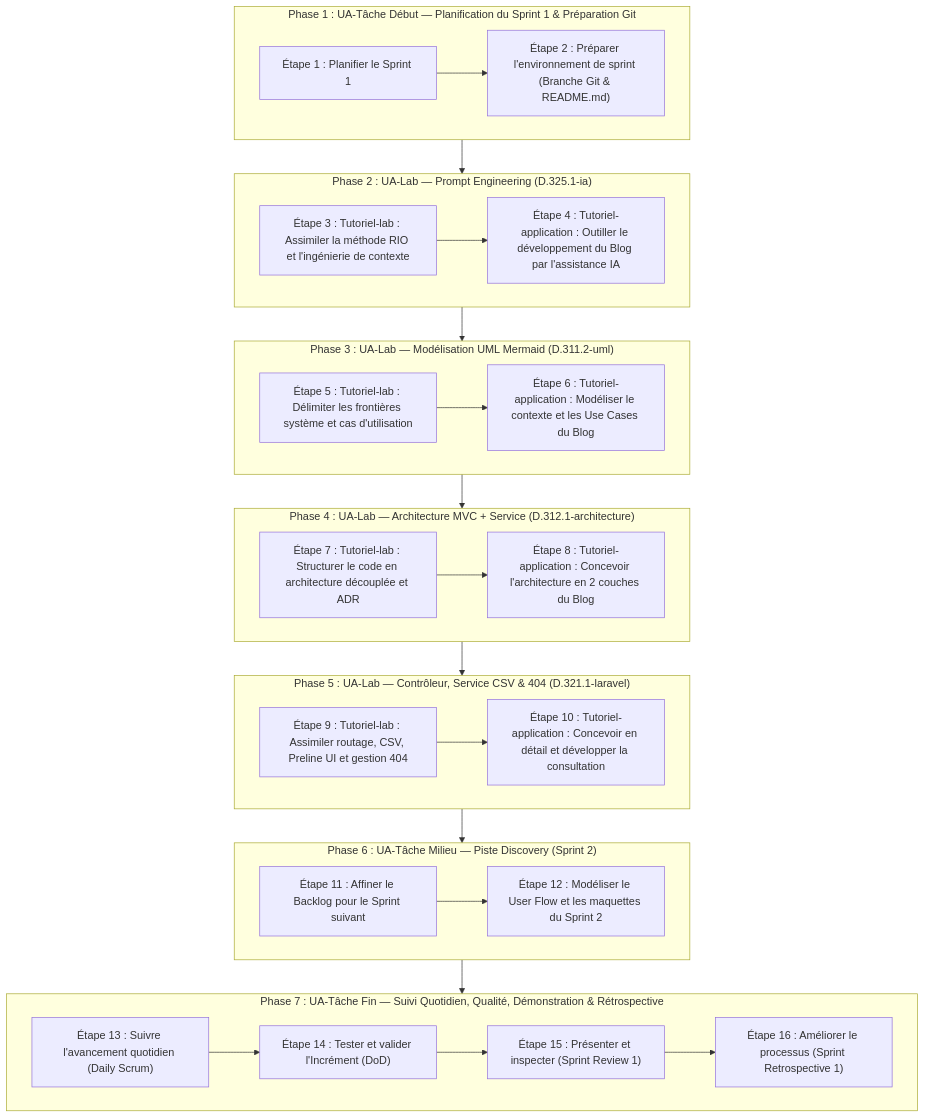
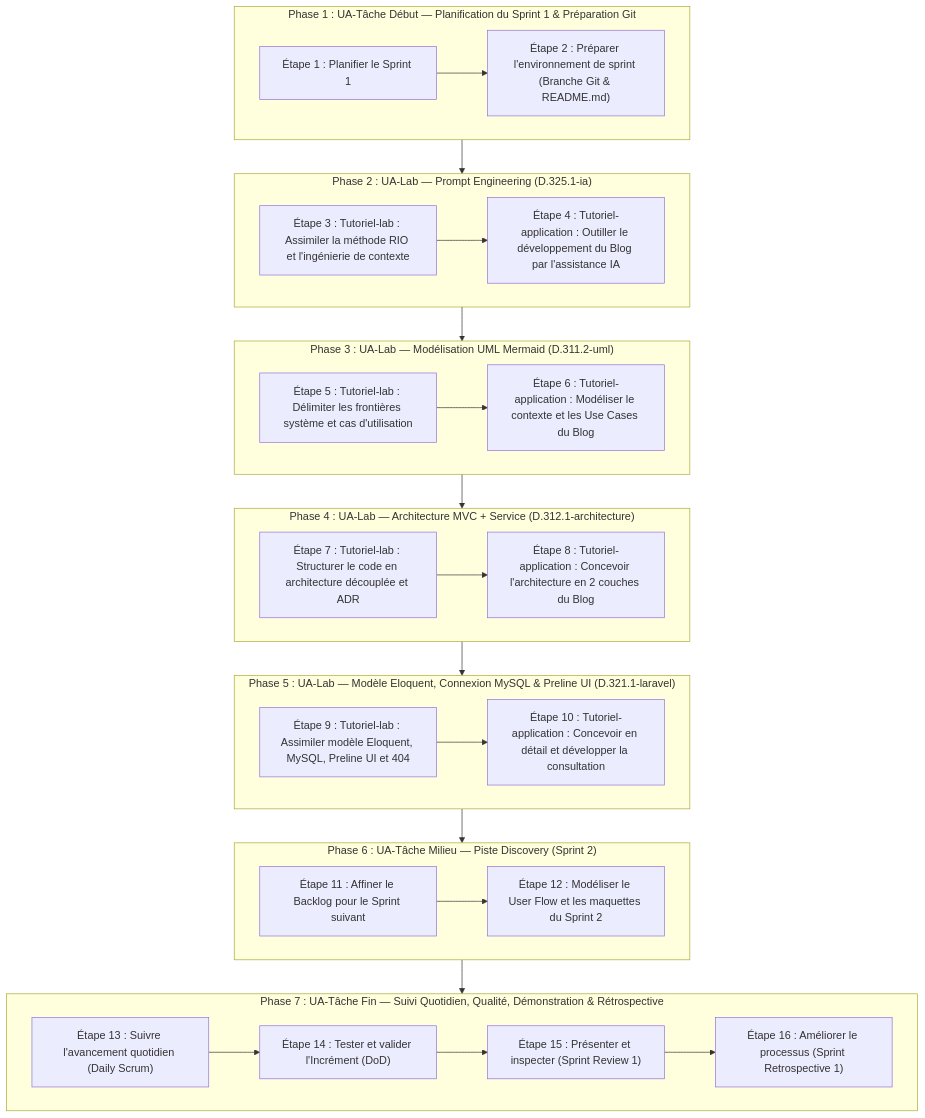
Before and after one commit to labs-web/projet-imiation-n3: the diagram in flux-travail/sessions/flux-travail-s1.md, drawn with Mermaid. The commit also changed other lines of this file and 5 other files, not shown here.

````diff
--- a/flux-travail/sessions/flux-travail-s1.md
+++ b/flux-travail/sessions/flux-travail-s1.md
@@ -45,48 +44,48 @@
 ```mermaid
 flowchart TD
     subgraph P1 ["Phase 1 : UA-Tâche Début — Planification du Sprint 1 & Préparation Git"]
         E1["Étape 1 : Planifier le Sprint 1"]
         E2["Étape 2 : Préparer l'environnement de sprint (Branche Git & README.md)"]
         E1 --> E2
     end
 
     subgraph P2 ["Phase 2 : UA-Lab — Prompt Engineering (D.325.1-ia)"]
         E3["Étape 3 : Tutoriel-lab : Assimiler la méthode RIO et l'ingénierie de contexte"]
         E4["Étape 4 : Tutoriel-application : Outiller le développement du Blog par l'assistance IA"]
         E3 --> E4
     end
 
     subgraph P3 ["Phase 3 : UA-Lab — Modélisation UML Mermaid (D.311.2-uml)"]
         E5["Étape 5 : Tutoriel-lab : Délimiter les frontières système et cas d'utilisation"]
         E6["Étape 6 : Tutoriel-application : Modéliser le contexte et les Use Cases du Blog"]
         E5 --> E6
     end
 
     subgraph P4 ["Phase 4 : UA-Lab — Architecture MVC + Service (D.312.1-architecture)"]
         E7["Étape 7 : Tutoriel-lab : Structurer le code en architecture découplée et ADR"]
         E8["Étape 8 : Tutoriel-application : Concevoir l'architecture en 2 couches du Blog"]
         E7 --> E8
     end
 
-    subgraph P5 ["Phase 5 : UA-Lab — Contrôleur, Service CSV & 404 (D.321.1-laravel)"]
-        E9["Étape 9 : Tutoriel-lab : Assimiler routage, CSV, Preline UI et gestion 404"]
+    subgraph P5 ["Phase 5 : UA-Lab — Modèle Eloquent, Connexion MySQL & Preline UI (D.321.1-laravel)"]
+        E9["Étape 9 : Tutoriel-lab : Assimiler modèle Eloquent, MySQL, Preline UI et 404"]
         E10["Étape 10 : Tutoriel-application : Concevoir en détail et développer la consultation"]
         E9 --> E10
     end
 
     subgraph P6 ["Phase 6 : UA-Tâche Milieu — Piste Discovery (Sprint 2)"]
         E11["Étape 11 : Affiner le Backlog pour le Sprint suivant"]
         E12["Étape 12 : Modéliser le User Flow et les maquettes du Sprint 2"]
         E11 --> E12
     end
 
     subgraph P7 ["Phase 7 : UA-Tâche Fin — Suivi Quotidien, Qualité, Démonstration & Rétrospective"]
         E13["Étape 13 : Suivre l'avancement quotidien (Daily Scrum)"]
         E14["Étape 14 : Tester et valider l'Incrément (DoD)"]
         E15["Étape 15 : Présenter et inspecter (Sprint Review 1)"]
         E16["Étape 16 : Améliorer le processus (Sprint Retrospective 1)"]
         E13 --> E14 --> E15 --> E16
     end
 
     P1 --> P2 --> P3 --> P4 --> P5 --> P6 --> P7
 ```
````
